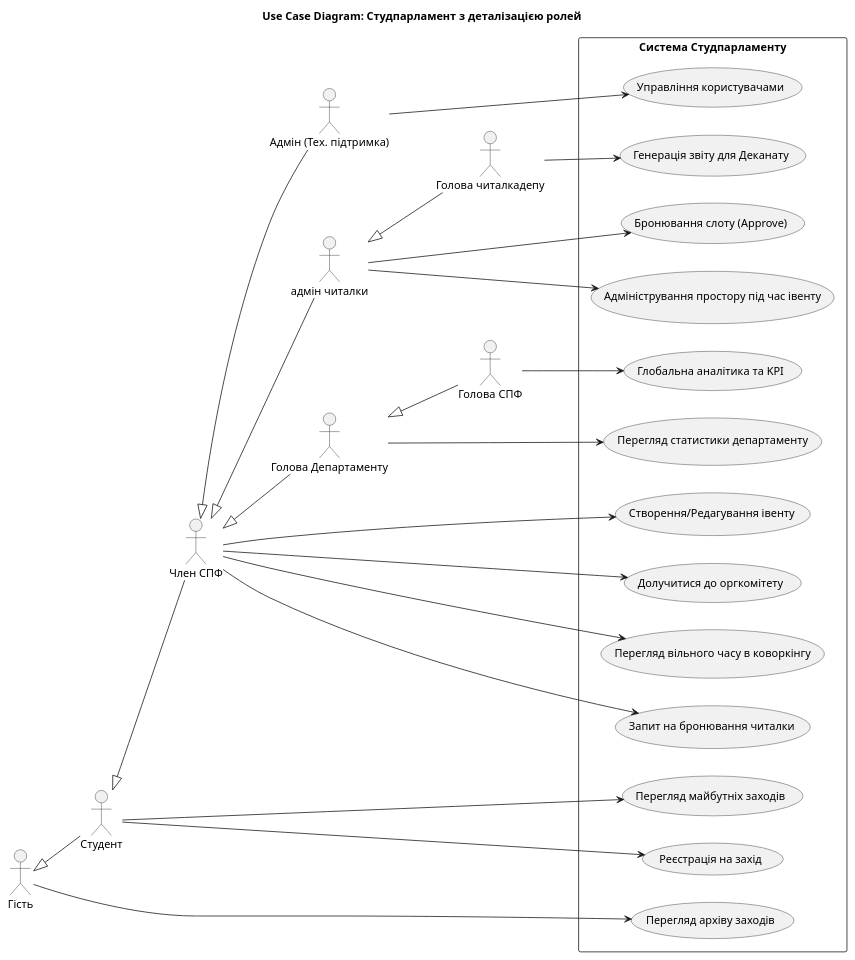
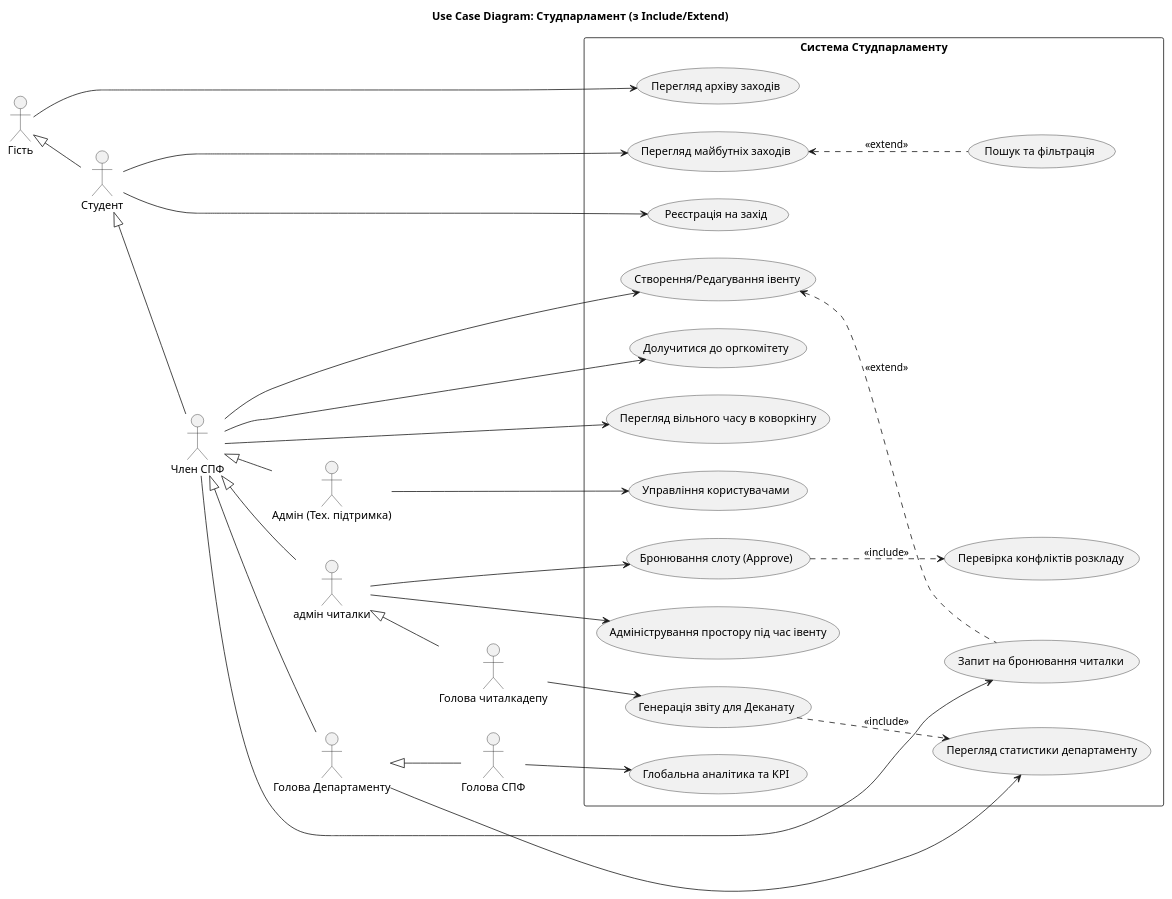
One commit to Pichus/isttp_lab1 changed the diagram in docs/usecase.plantuml. Above: the diagram before and after it, drawn with PlantUML. The commit also changed 5 other files, not shown here.

Commit message:
fix diagrams + create png exports, remove svg exports

```diff
--- a/docs/usecase.plantuml
+++ b/docs/usecase.plantuml
@@ -1,103 +1,109 @@
 @startuml Student parliament website
-title Use Case Diagram: Студпарламент з деталізацією ролей
+title Use Case Diagram: Студпарламент (з Include/Extend)
 left to right direction
 skinparam packageStyle rectangle
 
 ' --- ACTORS ---
 
 actor "Гість" as Guest
 actor "Студент" as Student
 actor "Член СПФ" as SPMember
 actor "Адмін (Тех. підтримка)" as Admin
 
 ' Специфічні ролі департаментів
 actor "адмін читалки" as SpaceMember
 actor "Голова Департаменту" as DeptHead
 actor "Голова читалкадепу" as CoworkingHead
 actor "Голова СПФ" as SPHead
 
-' --- HIERARCHY (СПАДКУВАННЯ) ---
+' --- HIERARCHY ---
 
-' Студент може все, що Гість
 Guest <|-- Student
-
-' Член СПФ - це студент з розширеними правами
 Student <|-- SPMember
-
-' Адмін теж студент, але має тех права (або можна зробити окремо)
 SPMember <|-- Admin
-
-' адмін читалки - це Член СПФ + функції коворкінгу
 SPMember <|-- SpaceMember
-
-' Голова деп - це Член СПФ + менеджмент
 SPMember <|-- DeptHead
-
-' Голова СПФ - це як голова департаменту, але найголовніший
 DeptHead <|-- SPHead
-
-' Голова коворкінгу - унікальний випадок.
-' Він має вміти все, що адмін читалки (бронювання), 
-' і все, що Голова (звітність).
 SpaceMember <|-- CoworkingHead
 
 ' --- USE CASES ---
 
 package "Система Студпарламенту" {
 
     ' --- БЛОК 1: ЗАГАЛЬНЕ ---
     usecase "Перегляд архіву заходів" as UC_ViewPast
     usecase "Перегляд майбутніх заходів" as UC_ViewFuture
     usecase "Реєстрація на захід" as UC_Register
+    usecase "Пошук та фільтрація" as UC_Search
 
-    ' --- БЛОК 2: ФУНКЦІОНАЛ ЧЛЕНА СПФ (Будь-який деп) ---
+    ' --- БЛОК 2: ФУНКЦІОНАЛ ЧЛЕНА СПФ ---
     usecase "Створення/Редагування івенту" as UC_CreateEvent
     usecase "Долучитися до оргкомітету" as UC_JoinOrg
     usecase "Перегляд вільного часу в коворкінгу" as UC_ViewSlots 
     usecase "Запит на бронювання читалки" as UC_BookSlotRequest
     
-    ' --- БЛОК 3: КОВОРКІНГ ДЕПАРТАМЕНТ (адмін читалкии) ---
+    ' --- БЛОК 3: КОВОРКІНГ ДЕПАРТАМЕНТ ---
     usecase "Бронювання слоту (Approve)" as UC_BookSlot
+    usecase "Перевірка конфліктів розкладу" as UC_CheckConflicts
     usecase "Адміністрування простору під час івенту" as UC_SpaceAdmin
 
-    ' --- БЛОК 4: КЕРІВНИЦТВО (Голови) ---
+    ' --- БЛОК 4: КЕРІВНИЦТВО ---
     usecase "Перегляд статистики департаменту" as UC_DeptStats
     usecase "Генерація звіту для Деканату" as UC_DeanReport
     usecase "Глобальна аналітика та KPI" as UC_GlobalStats
 
     ' --- БЛОК 5: АДМІНІСТРАТОР ---
     usecase "Управління користувачами" as UC_ManageUsers
 }
 
-' --- ЗВ'ЯЗКИ ---
+' --- ЗВ'ЯЗКИ ACTORS ---
 
 ' Гість
 Guest --> UC_ViewPast
 
 ' Студент
 Student --> UC_ViewFuture
 Student --> UC_Register
 
-' Член СПФ (Базовий функціонал активіста)
+' Член СПФ
 SPMember --> UC_CreateEvent
 SPMember --> UC_JoinOrg
 SPMember --> UC_ViewSlots
 SPMember --> UC_BookSlotRequest
 
-' адмін читалки (Специфіка коворкінгу)
+' адмін читалки
 SpaceMember --> UC_BookSlot
 SpaceMember --> UC_SpaceAdmin
 
-' Голова Департаменту (Загальний)
+' Голова Департаменту
 DeptHead --> UC_DeptStats
 
-' Голова Коворкінгу (Специфічний звіт)
+' Голова Коворкінгу
 CoworkingHead --> UC_DeanReport
 
 ' Голова СПФ
 SPHead --> UC_GlobalStats
 
 ' Адмін
 Admin --> UC_ManageUsers
 
+' --- ЗВ'ЯЗКИ INCLUDE / EXTEND (Логіка системи) ---
+
+' 1. Пошук розширює перегляд (це опціональна дія при перегляді)
+UC_ViewFuture <.. UC_Search : <<extend>>
+
+' 2. Створення івенту може включати запит на бронювання 
+' (якщо івент офлайн в читалці - це розширення базового сценарію створення)
+UC_CreateEvent <.. UC_BookSlotRequest : <<extend>>
+
+' 3. Щоб зареєструватись, треба спочатку знайти івент (не обов'язково, але логічно)
+' АБО реєстрація розширює перегляд детальної інформації. 
+' Тут залишимо простіше: прямий зв'язок актора.
+
+' 4. Щоб заапрувити слот (BookSlot), система ОБОВ'ЯЗКОВО має перевірити конфлікти
+UC_BookSlot ..> UC_CheckConflicts : <<include>>
+
+' 5. Щоб зробити звіт для деканату, ОБОВ'ЯЗКОВО треба мати статистику
+UC_DeanReport ..> UC_DeptStats : <<include>>
+
 @enduml
```
